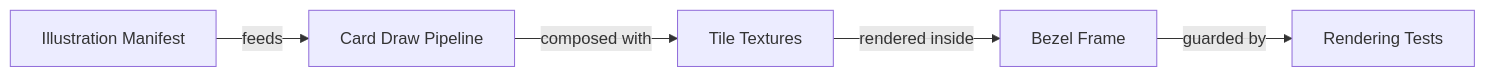
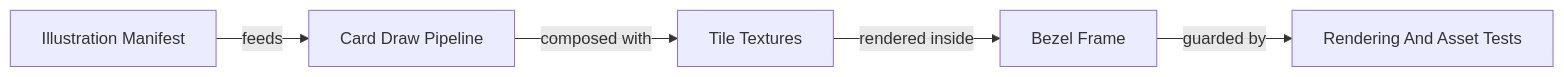
One commit to BorisThoris/memory-dungeon changed the tenth of 11 diagrams in docs/system-diagrams/README.md. Above: the diagram before and after it, drawn with Mermaid. The commit also changed other lines of this file and 302 other files, not shown here.

````diff
--- a/docs/system-diagrams/README.md
+++ b/docs/system-diagrams/README.md
@@ -330,12 +351,12 @@
 ```mermaid
 flowchart LR
     illustration_manifest["Illustration Manifest"]
     card_draw["Card Draw Pipeline"]
     tile_textures["Tile Textures"]
     bezel_frame["Bezel Frame"]
-    render_tests["Rendering Tests"]
+    render_tests["Rendering And Asset Tests"]
     illustration_manifest -->|"feeds"| card_draw
     card_draw -->|"composed with"| tile_textures
     tile_textures -->|"rendered inside"| bezel_frame
     bezel_frame -->|"guarded by"| render_tests
 ```
````
